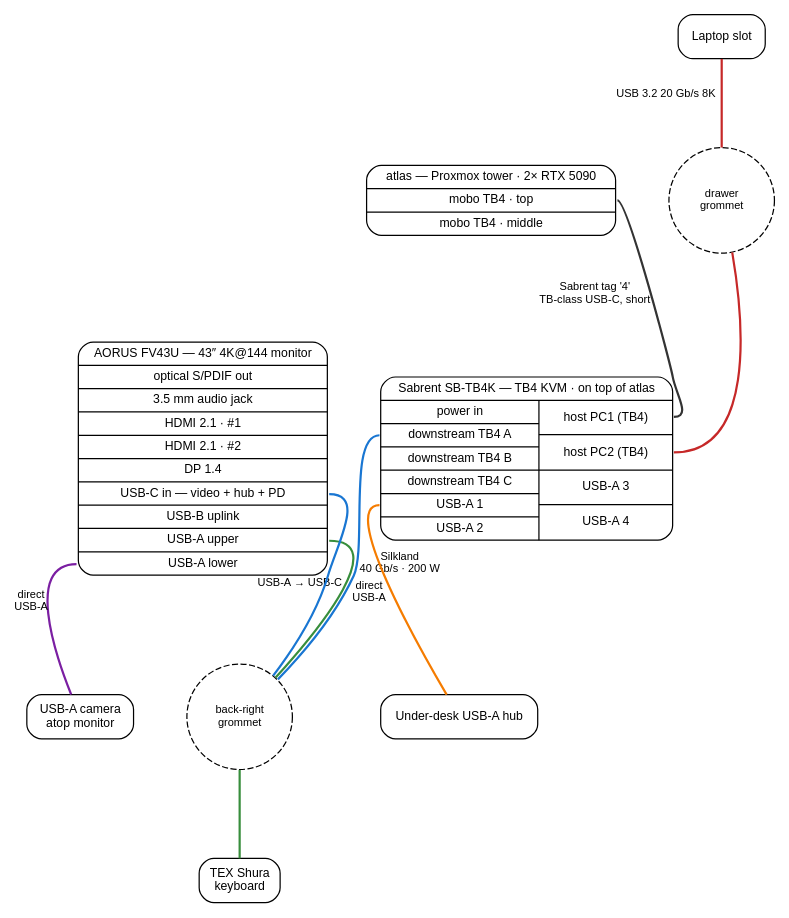
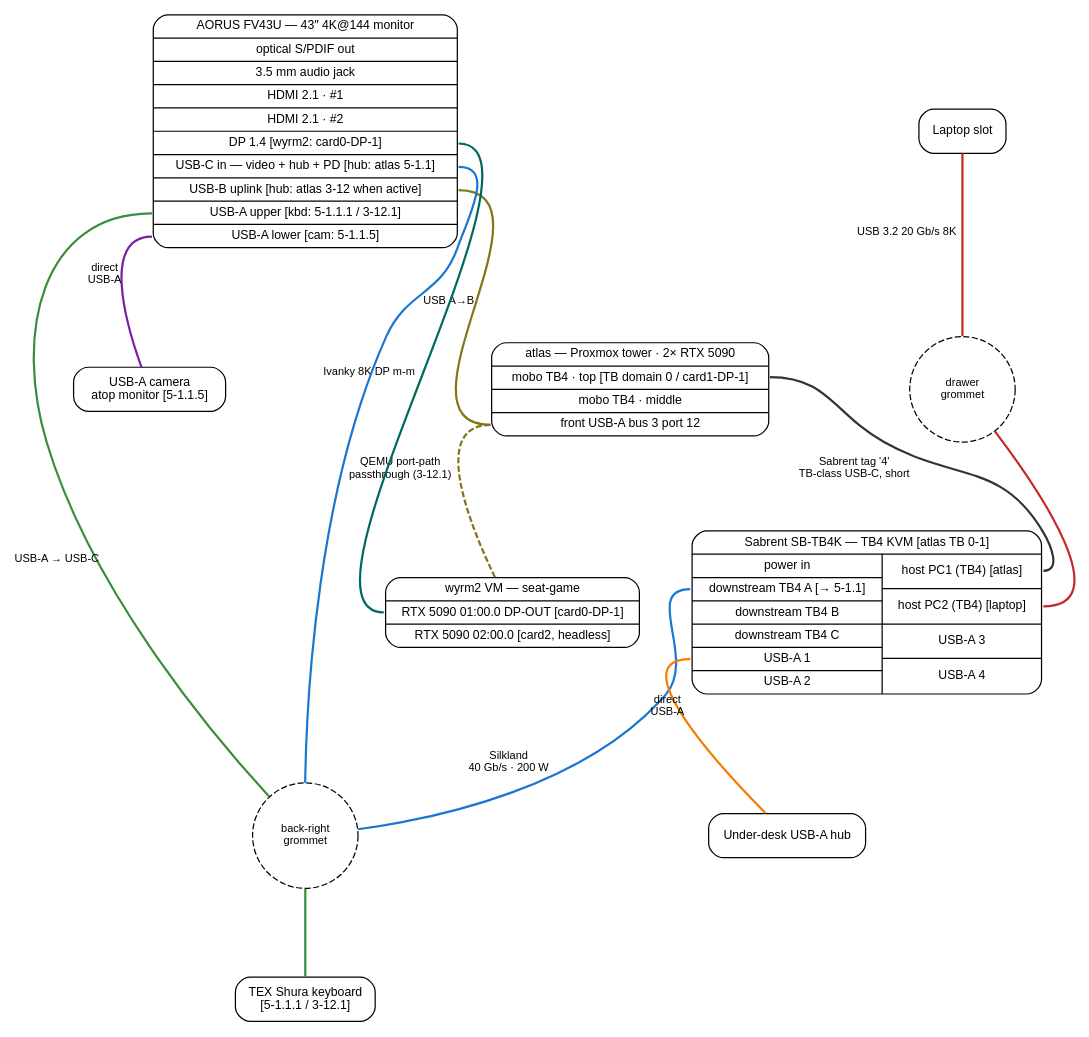
Before and after one commit to agentydragon-agent/ducktape: the diagram in desk/wiring_schematic.dot, drawn with Graphviz. The commit also changed 3 other files, not shown here.

Commit message:
desk: document wyrm2 gaming display path (wired 2026-07-05) (#3055)

```diff
--- a/desk/wiring_schematic.dot
+++ b/desk/wiring_schematic.dot
@@ -1,33 +1,40 @@
 digraph desk_wiring {
     graph [fontname="Helvetica", nodesep=0.6, ranksep=1.0];
     node  [shape=Mrecord, fontname="Helvetica", fontsize=10];
     edge  [fontname="Helvetica", fontsize=9, penwidth=1.8, dir=none];
 
-    monitor [label="{ AORUS FV43U — 43″ 4K@144 monitor | optical S/PDIF out | 3.5 mm audio jack | HDMI 2.1 · #1 | HDMI 2.1 · #2 | DP 1.4 | <usbc> USB-C in — video + hub + PD | USB-B uplink | <hi> USB-A upper | <lo> USB-A lower }"];
+    monitor [label="{ AORUS FV43U — 43″ 4K@144 monitor | <spdif> optical S/PDIF out | <audio> 3.5 mm audio jack | <hdmi1> HDMI 2.1 · #1 | <hdmi2> HDMI 2.1 · #2 | <dp> DP 1.4 [wyrm2: card0-DP-1] | <usbc> USB-C in — video + hub + PD [hub: atlas 5-1.1] | <usbb> USB-B uplink [hub: atlas 3-12 when active] | <hi> USB-A upper [kbd: 5-1.1.1 / 3-12.1] | <lo> USB-A lower [cam: 5-1.1.5] }"];
 
     // KVM: header row, then two vertical columns side by side (peripheral / host)
-    kvm [label="{ Sabrent SB-TB4K — TB4 KVM · on top of atlas | { { power in | <ds_a> downstream TB4 A | downstream TB4 B | downstream TB4 C | <usba1> USB-A 1 | USB-A 2 } | { <pc1> host PC1 (TB4) | <pc2> host PC2 (TB4) | USB-A 3 | USB-A 4 } } }"];
+    kvm [label="{ Sabrent SB-TB4K — TB4 KVM [atlas TB 0-1] | { { <pwr> power in | <ds_a> downstream TB4 A [→ 5-1.1] | <ds_b> downstream TB4 B | <ds_c> downstream TB4 C | <usba1> USB-A 1 | <usba2> USB-A 2 } | { <pc1> host PC1 (TB4) [atlas] | <pc2> host PC2 (TB4) [laptop] | <usba3> USB-A 3 | <usba4> USB-A 4 } } }"];
 
-    atlas [label="{ atlas — Proxmox tower · 2× RTX 5090 | <tb_top> mobo TB4 · top | mobo TB4 · middle }"];
+    atlas [label="{ atlas — Proxmox tower · 2× RTX 5090 | <tb_top> mobo TB4 · top [TB domain 0 / card1-DP-1] | <tb_mid> mobo TB4 · middle | <usba_front> front USB-A bus 3 port 12 }"];
+
+    wyrm2 [label="{ wyrm2 VM — seat-game | <dp_out> RTX 5090 01:00.0 DP-OUT [card0-DP-1] | <gpu1> RTX 5090 02:00.0 [card2, headless] }"];
 
     laptop [label="Laptop slot"];
 
     g_backright [shape=circle, style=dashed, label="back-right\ngrommet", fontsize=9, width=1.2, height=1.2];
     g_drawer    [shape=circle, style=dashed, label="drawer\ngrommet",    fontsize=9, width=1.2, height=1.2];
 
-    cam [label="USB-A camera\natop monitor"];
-    kbd [label="TEX Shura\nkeyboard"];
+    cam [label="USB-A camera\natop monitor [5-1.1.5]"];
+    kbd [label="TEX Shura keyboard\n[5-1.1.1 / 3-12.1]"];
     hub [label="Under-desk USB-A hub"];
 
     // xlabel keeps labels near edges without forcing the router to bend
     // cables around them.
     atlas:tb_top -> kvm:pc1 [xlabel="Sabrent tag '4'\nTB-class USB-C, short", color="#333333"];
     laptop -> g_drawer      [xlabel="USB 3.2 20 Gb/s 8K", color="#c62828"];
     g_drawer -> kvm:pc2     [color="#c62828"];
     kvm:ds_a -> g_backright [xlabel="Silkland\n40 Gb/s · 200 W", color="#1976d2"];
     g_backright -> monitor:usbc [color="#1976d2"];
     kvm:usba1 -> hub        [xlabel="direct\nUSB-A", color="#f57c00"];
     monitor:hi -> g_backright [xlabel="USB-A → USB-C", color="#388e3c"];
     g_backright -> kbd      [color="#388e3c"];
     monitor:lo -> cam       [xlabel="direct\nUSB-A", color="#7b1fa2"];
+
+    // Gaming display path (Plan A rev 2 — wired 2026-07-05)
+    wyrm2:dp_out -> monitor:dp [xlabel="Ivanky 8K DP m-m", color="#00695c"];
+    monitor:usbb -> atlas:usba_front [xlabel="USB A→B", color="#827717"];
+    atlas:usba_front -> wyrm2 [xlabel="QEMU port-path\npassthrough (3-12.1)", color="#827717", style=dashed];
 }
```
